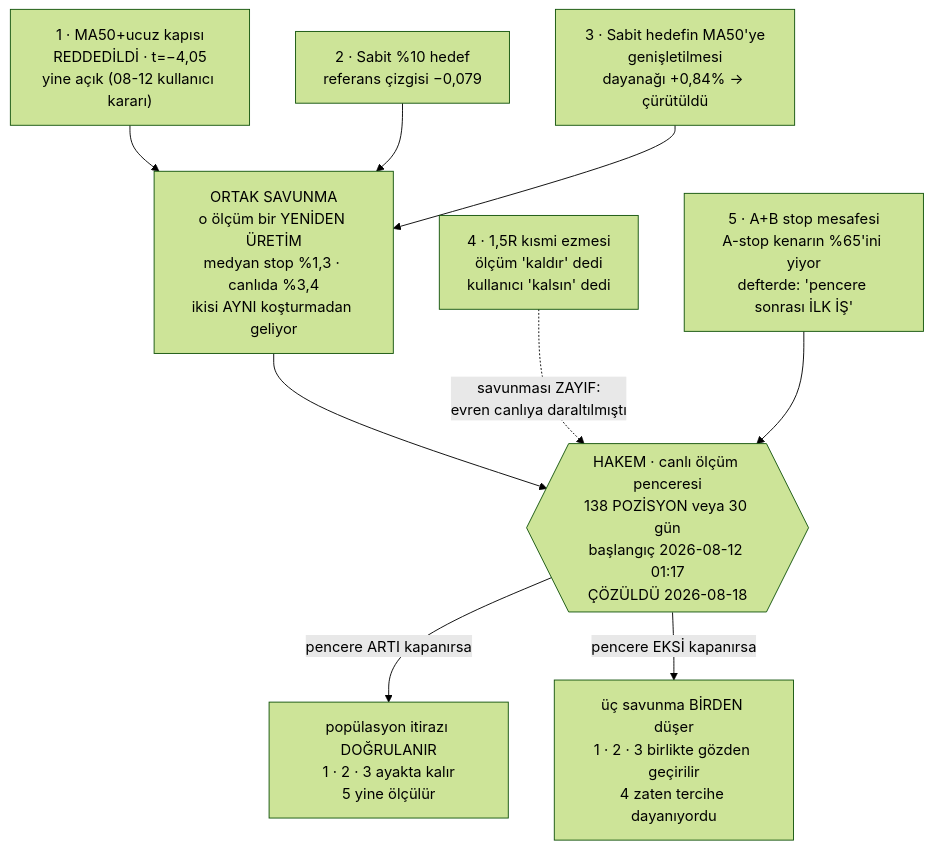
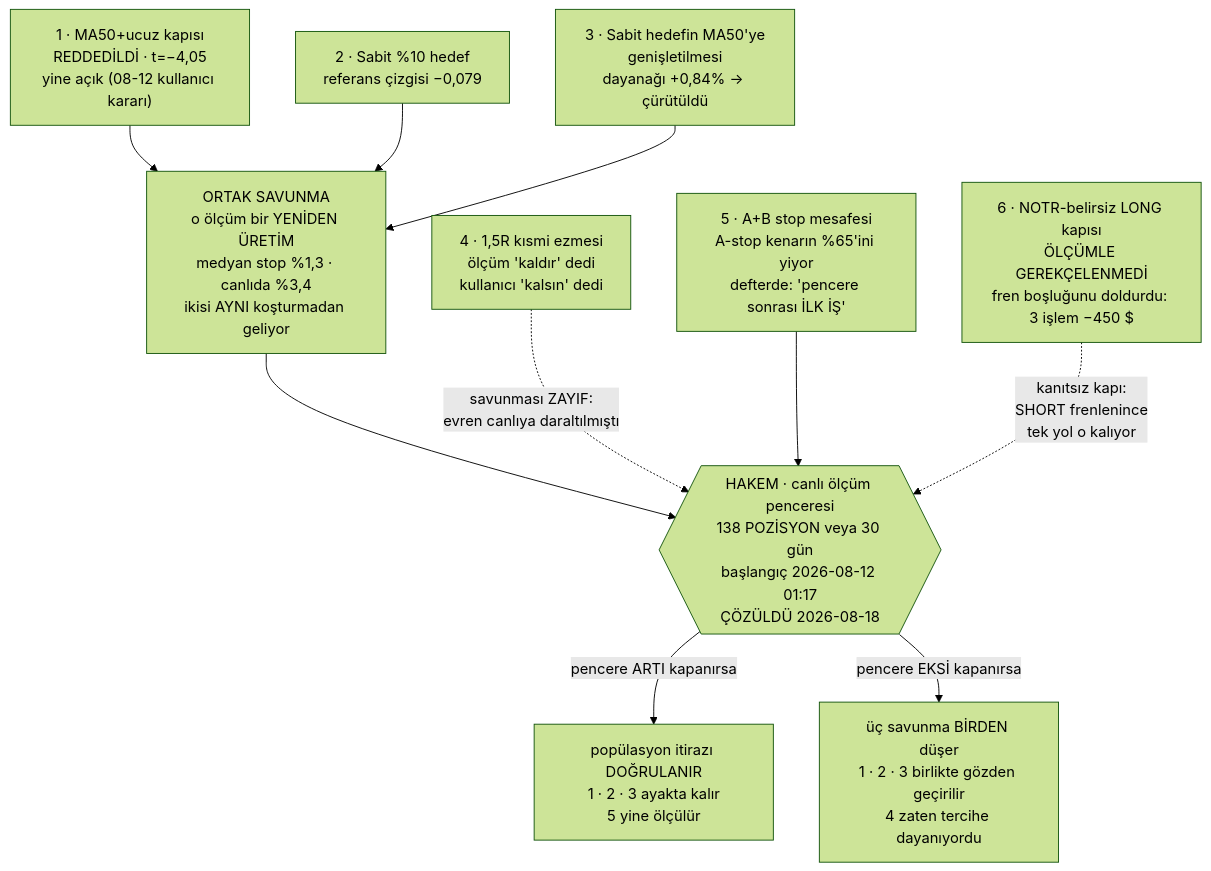
The diagram in durum.md (irisphotofethiye-bocici/kripto-trade), drawn with Mermaid (forest theme) before and after one commit. The commit also changed other lines of this file and 2 other files, not shown here.

First line of the commit message:
BTC-pay SHORT freni tetiklendi: olculdu (fren HAKLI) + altinci bagli is

````diff
--- a/durum.md
+++ b/durum.md
@@ -118,20 +118,22 @@
 ```mermaid
 flowchart TD
     A["1 · MA50+ucuz kapısı<br/>REDDEDİLDİ · t=−4,05<br/>yine açık (08-12 kullanıcı kararı)"]
     B["2 · Sabit %10 hedef<br/>referans çizgisi −0,079"]
     C["3 · Sabit hedefin MA50'ye<br/>genişletilmesi<br/>dayanağı +0,84% → çürütüldü"]
     S["ORTAK SAVUNMA<br/>o ölçüm bir YENİDEN ÜRETİM<br/>medyan stop %1,3 · canlıda %3,4<br/>ikisi AYNI koşturmadan geliyor"]
     D["4 · 1,5R kısmi ezmesi<br/>ölçüm 'kaldır' dedi<br/>kullanıcı 'kalsın' dedi"]
     E["5 · A+B stop mesafesi<br/>A-stop kenarın %65'ini yiyor<br/>defterde: 'pencere sonrası İLK İŞ'"]
+    F["6 · NOTR-belirsiz LONG kapısı<br/>ÖLÇÜMLE GEREKÇELENMEDİ<br/>fren boşluğunu doldurdu: 3 işlem −450 $"]
     W{{"HAKEM · canlı ölçüm penceresi<br/>138 POZİSYON veya 30 gün<br/>başlangıç 2026-08-12 01:17<br/>ÇÖZÜLDÜ 2026-08-18"}}
     P["popülasyon itirazı DOĞRULANIR<br/>1 · 2 · 3 ayakta kalır<br/>5 yine ölçülür"]
     M["üç savunma BİRDEN düşer<br/>1 · 2 · 3 birlikte gözden geçirilir<br/>4 zaten tercihe dayanıyordu"]
     A --> S
     B --> S
     C --> S
     S --> W
     D -. "savunması ZAYIF:<br/>evren canlıya daraltılmıştı" .-> W
     E --> W
+    F -. "kanıtsız kapı:<br/>SHORT frenlenince<br/>tek yol o kalıyor" .-> W
     W -- "pencere ARTI kapanırsa" --> P
     W -- "pencere EKSİ kapanırsa" --> M
 ```
````
